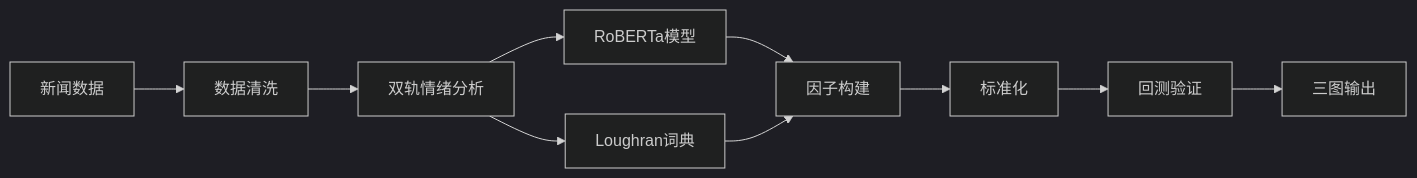
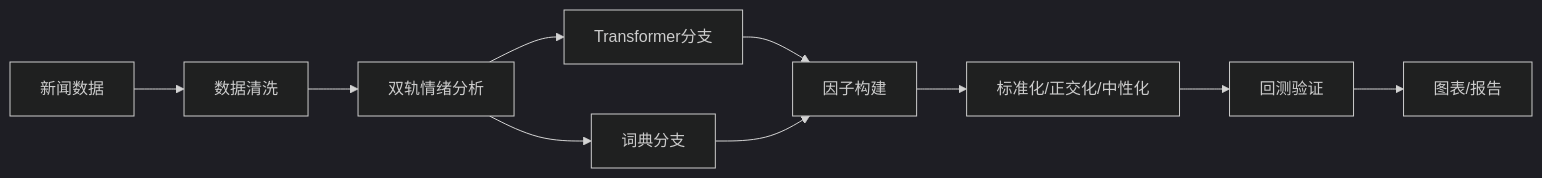
Before and after one commit to zheyuliu328/hstech-nlp-quant-factor: the diagram in README.md, drawn with Mermaid (dark theme). The commit also changed other lines of this file, not shown here.

````diff
--- a/README.md
+++ b/README.md
@@ -42,12 +63,12 @@
 ```mermaid
 graph LR
     A[新闻数据] --> B[数据清洗]
     B --> C[双轨情绪分析]
-    C --> D[RoBERTa模型]
-    C --> E[Loughran词典]
+    C --> D[Transformer分支]
+    C --> E[词典分支]
     D --> F[因子构建]
     E --> F
-    F --> G[标准化]
+    F --> G[标准化/正交化/中性化]
     G --> H[回测验证]
-    H --> I[三图输出]
+    H --> I[图表/报告]
 ```
````
